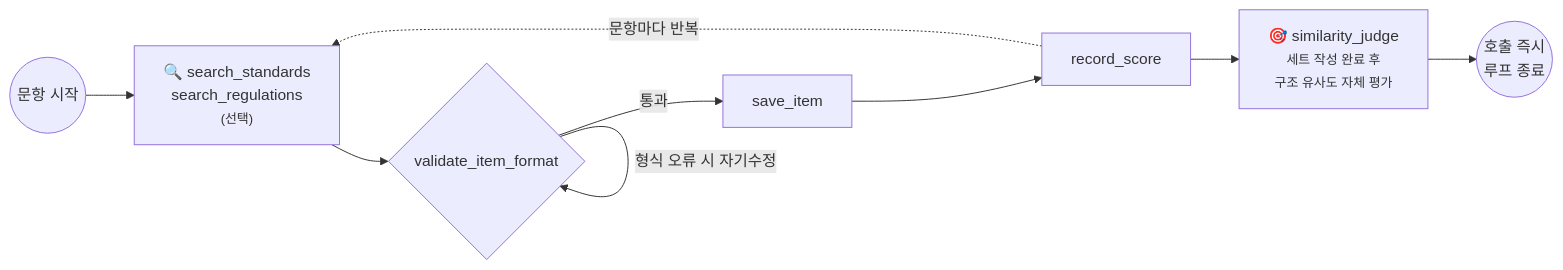
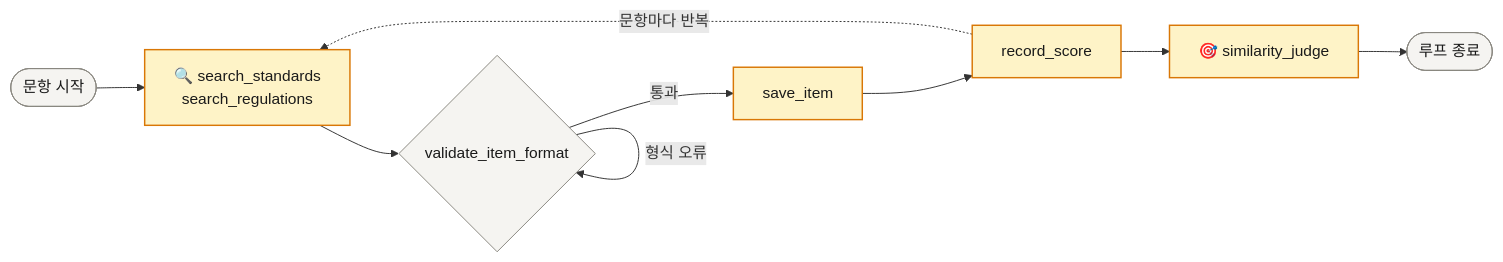
The second of 4 diagrams in README.md (MachuEngine/bunpil), drawn with Mermaid before and after one commit. The commit also changed other lines of this file, not shown here.

First line of the commit message:
docs: README Mermaid 다이어그램 텍스트 잘림 수정 + 색상·레이아웃 정리

````diff
--- a/README.md
+++ b/README.md
@@ -61,10 +54,22 @@
 ```mermaid
 flowchart LR
-    Start(("문항 시작")) --> Search["🔍 search_standards<br/>search_regulations<br/><small>(선택)</small>"]
-    Search --> Validate{"validate_item_format"}
-    Validate -- "형식 오류 시 자기수정" --> Validate
-    Validate -- "통과" --> Save["save_item"] --> Score["record_score"]
+    Start(["문항 시작"])
+    Search["🔍 search_standards<br/>search_regulations"]
+    Validate{"validate_item_format"}
+    Save["save_item"]
+    Score["record_score"]
+    Judge["🎯 similarity_judge"]
+    End(["루프 종료"])
+
+    Start --> Search --> Validate
+    Validate -- "형식 오류" --> Validate
+    Validate -- "통과" --> Save --> Score
     Score -.->|"문항마다 반복"| Search
-    Score --> Judge["🎯 similarity_judge<br/><small>세트 작성 완료 후<br/>구조 유사도 자체 평가</small>"]
-    Judge --> End(("호출 즉시<br/>루프 종료"))
+    Score --> Judge --> End
+
+    class Start,End,Validate neutral
+    class Search,Save,Score,Judge exam
+
+    classDef neutral fill:#F5F4F1,stroke:#8A8880,stroke-width:1px,color:#1A1A1A
+    classDef exam fill:#FEF3C7,stroke:#D97706,stroke-width:1.5px,color:#1A1A1A
 ```
````
